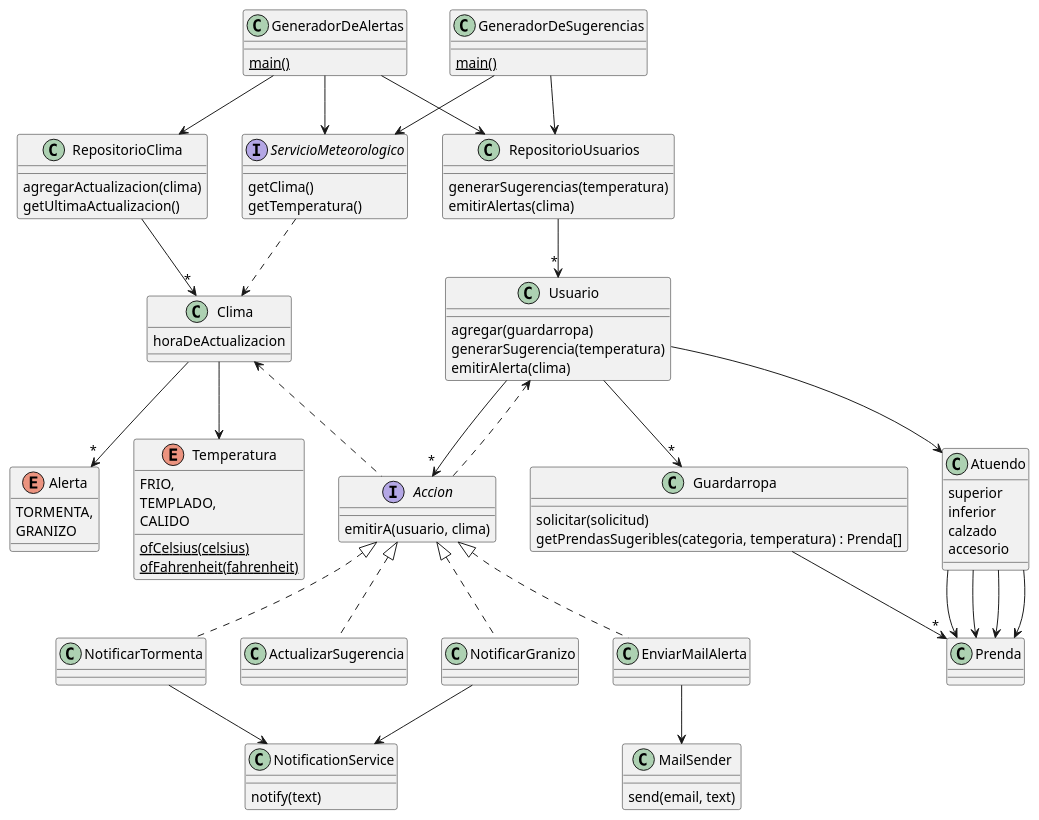
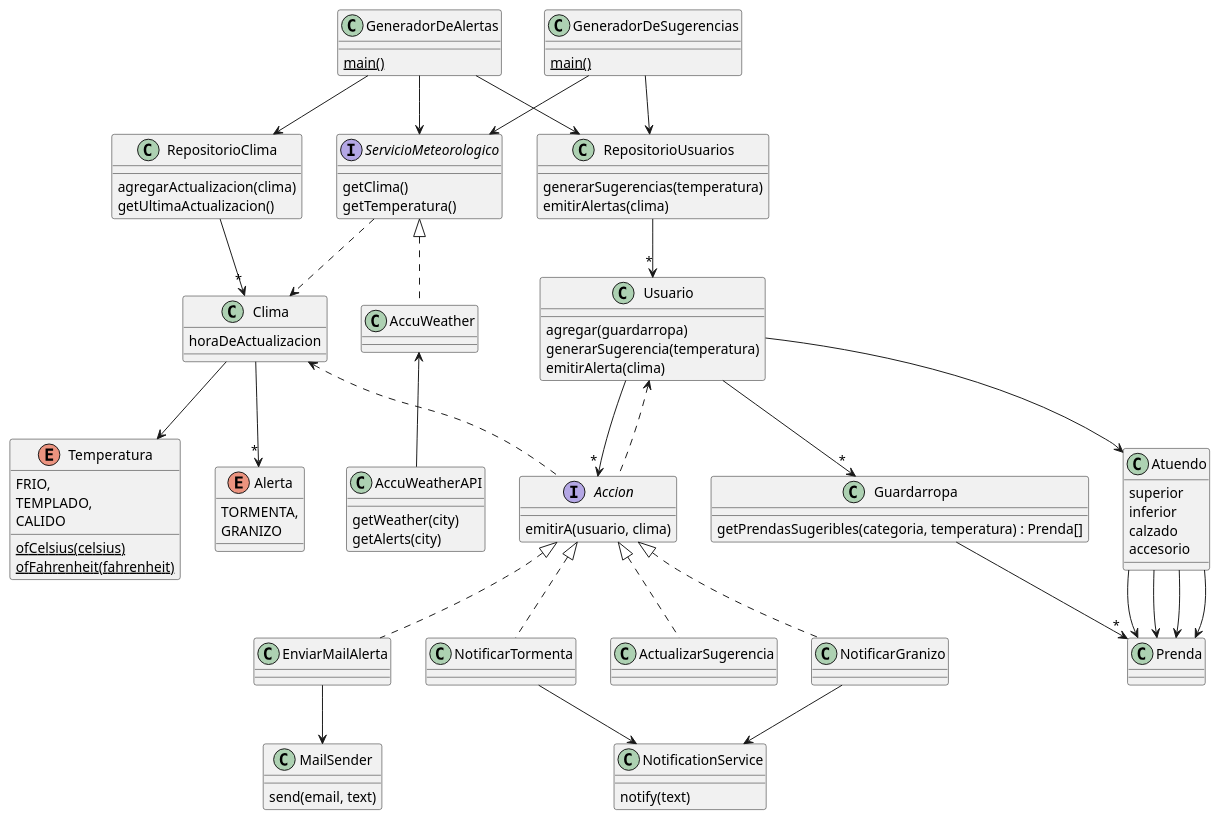
Before and after one commit to RaniAgus/dds-2022: the diagram in docs/diagramas/iteracion-6.puml, drawn with PlantUML. The commit also changed 14 other files, not shown here.

Commit message:
actualizo diagrama y renombro package

```diff
--- a/docs/diagramas/iteracion-6.puml
+++ b/docs/diagramas/iteracion-6.puml
@@ -1,112 +1,119 @@
 @startuml iteracion-6
 
 class GeneradorDeSugerencias {
     {static} main()
 }
 
 GeneradorDeSugerencias --> RepositorioUsuarios
 GeneradorDeSugerencias --> ServicioMeteorologico
 
 class GeneradorDeAlertas {
     {static} main()
 }
 
 GeneradorDeAlertas --> RepositorioUsuarios
 GeneradorDeAlertas --> RepositorioClima
 GeneradorDeAlertas --> ServicioMeteorologico
 
 class RepositorioUsuarios {
     generarSugerencias(temperatura)
     emitirAlertas(clima)
 }
 
 RepositorioUsuarios --> "*" Usuario
 
 class RepositorioClima {
     agregarActualizacion(clima)
     getUltimaActualizacion()
 }
 
 RepositorioClima --> "*" Clima
 
 interface ServicioMeteorologico {
     getClima()
     getTemperatura()
 }
 
 ServicioMeteorologico ..> Clima
+ServicioMeteorologico <|.. AccuWeather
+
+AccuWeather <-- AccuWeatherAPI
+
+class AccuWeatherAPI {
+    getWeather(city)
+    getAlerts(city)
+}
 
 class Clima {
     horaDeActualizacion
 }
 
 Clima --> Temperatura
 Clima --> "*" Alerta
 
 enum Temperatura {
     FRIO,
     TEMPLADO,
     CALIDO
     {static} ofCelsius(celsius)
     {static} ofFahrenheit(fahrenheit)
 }
 
 enum Alerta {
     TORMENTA,
     GRANIZO
 }
 
 class Usuario {
     agregar(guardarropa)
     generarSugerencia(temperatura)
     emitirAlerta(clima)
 }
 
 Usuario --> "*" Guardarropa
 Usuario --> Atuendo
 Usuario --> "*" Accion
 
 class Guardarropa {
-  solicitar(solicitud)
   getPrendasSugeribles(categoria, temperatura) : Prenda[]
 }
 
 Guardarropa --> "*" Prenda
 
 class Atuendo {
    superior
    inferior
    calzado
    accesorio
 }
 
 Atuendo --> Prenda
 Atuendo --> Prenda
 Atuendo --> Prenda
 Atuendo --> Prenda
 
 interface Accion {
   emitirA(usuario, clima)
 }
 
 Accion .up.> Usuario
 Accion .up.> Clima
 
 Accion <|.. ActualizarSugerencia
 Accion <|.. NotificarTormenta
 Accion <|.. NotificarGranizo
 Accion <|.. EnviarMailAlerta
 
 NotificarGranizo --> NotificationService
 NotificarTormenta --> NotificationService
 EnviarMailAlerta --> MailSender
 
 class MailSender {
     send(email, text)
 }
 
 class NotificationService {
     notify(text)
 }
 
 @enduml
```
